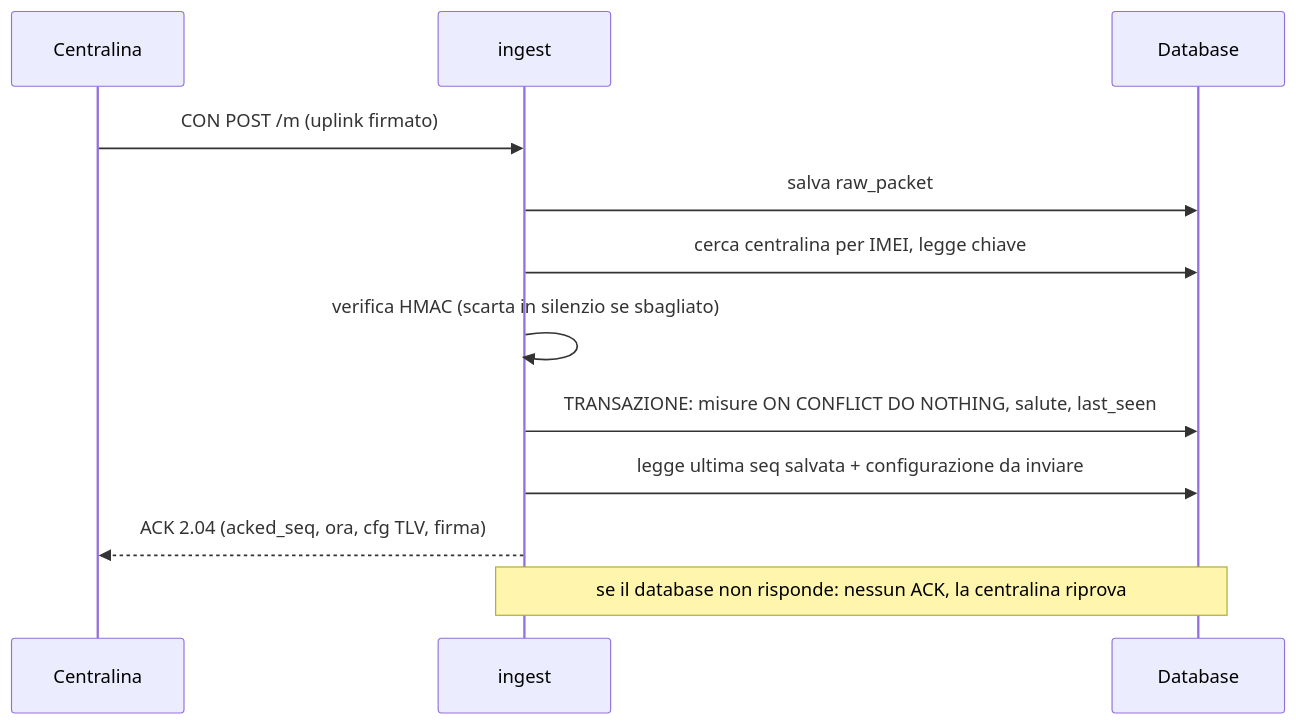
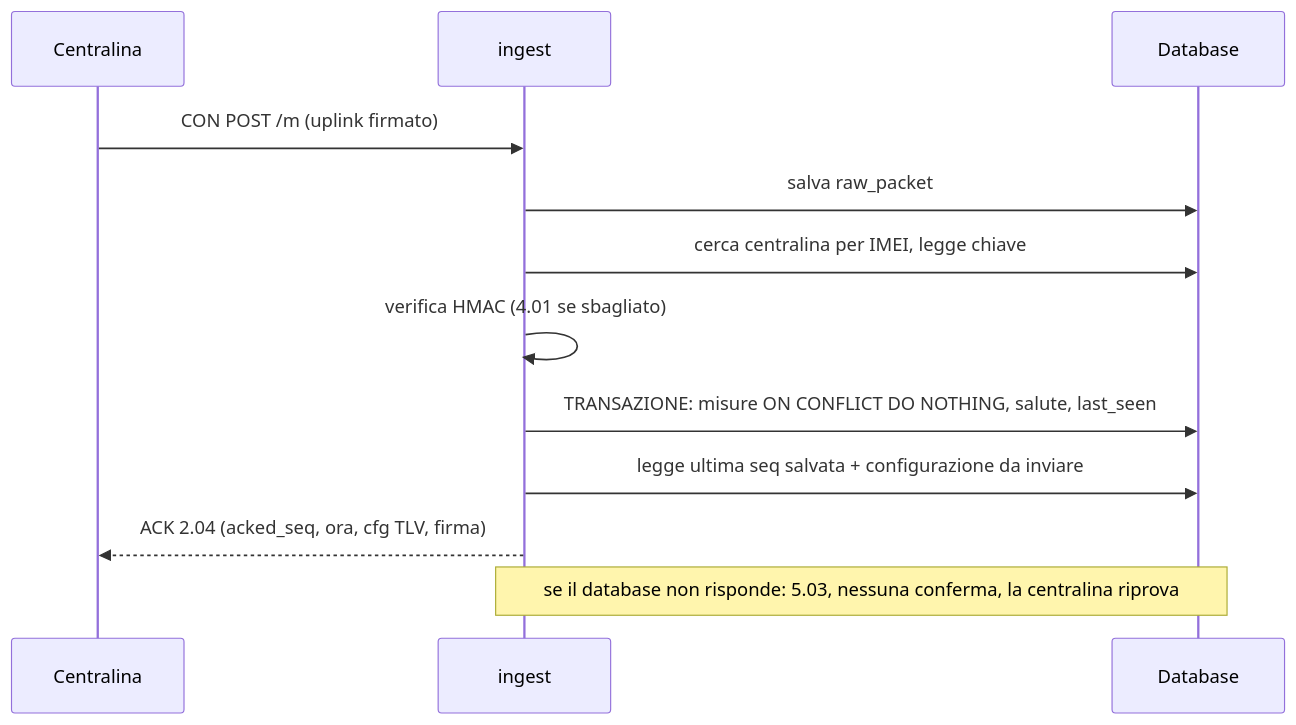
One commit to pierofabiani/Vinai-3.0 changed the third of 4 diagrams in docs/piattaforma.md. Above: the diagram before and after it, drawn with Mermaid. The commit also changed other lines of this file and 45 other files, not shown here.

First line of the commit message:
P1: codec del protocollo, ingest CoAP con salvataggio, schema TimescaleDB, simulatore di flotta

````diff
--- a/docs/piattaforma.md
+++ b/docs/piattaforma.md
@@ -175,14 +175,14 @@
 ```mermaid
 sequenceDiagram
   participant C as Centralina
   participant I as ingest
   participant D as Database
   C->>I: CON POST /m (uplink firmato)
   I->>D: salva raw_packet
   I->>D: cerca centralina per IMEI, legge chiave
-  I->>I: verifica HMAC (scarta in silenzio se sbagliato)
+  I->>I: verifica HMAC (4.01 se sbagliato)
   I->>D: TRANSAZIONE: misure ON CONFLICT DO NOTHING, salute, last_seen
   I->>D: legge ultima seq salvata + configurazione da inviare
   I-->>C: ACK 2.04 (acked_seq, ora, cfg TLV, firma)
-  Note over I,D: se il database non risponde: nessun ACK, la centralina riprova
+  Note over I,D: se il database non risponde: 5.03, nessuna conferma, la centralina riprova
 ```
````
